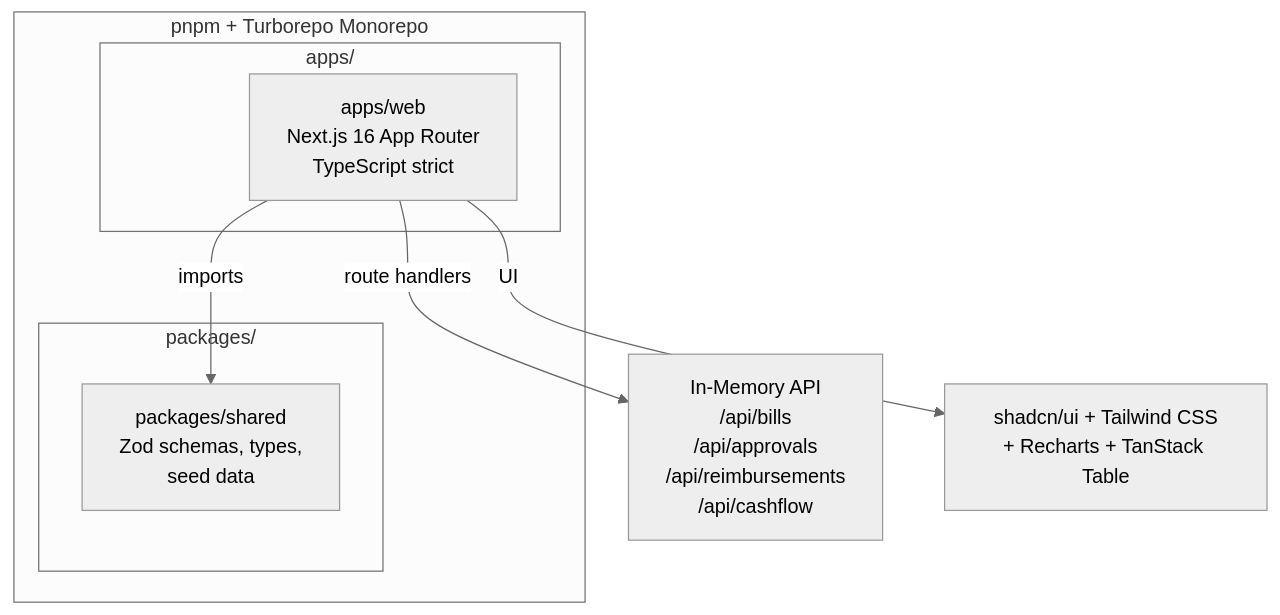
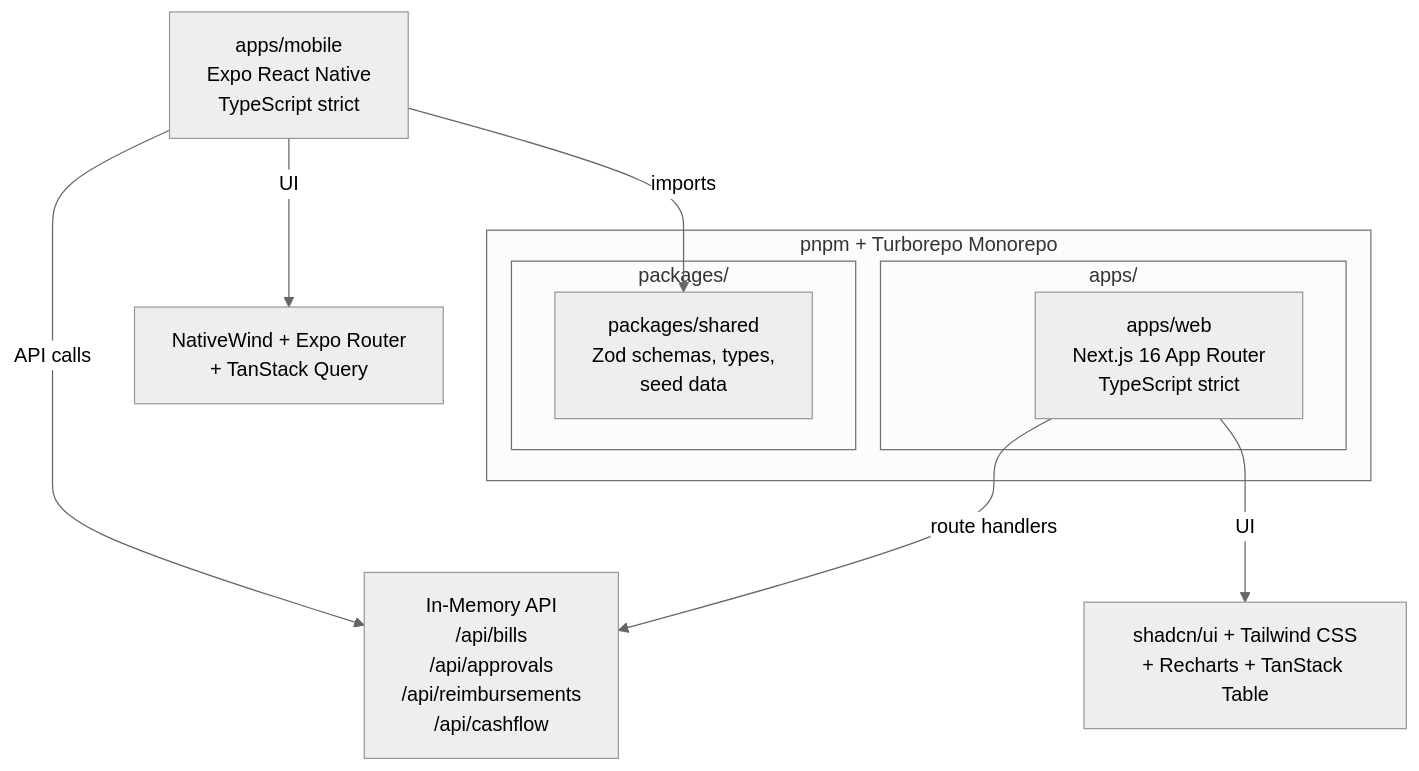
Before and after one commit to saikrish-code/Spendflow: the diagram in README.md, drawn with Mermaid (neutral theme). The commit also changed other lines of this file and 50 other files, not shown here.

````diff
--- a/README.md
+++ b/README.md
@@ -14,14 +14,17 @@
 ```mermaid
 graph TB
     subgraph Monorepo["pnpm + Turborepo Monorepo"]
         subgraph Apps["apps/"]
             Web["apps/web<br/>Next.js 16 App Router<br/>TypeScript strict"]
         end
         subgraph Packages["packages/"]
             Shared["packages/shared<br/>Zod schemas, types,<br/>seed data"]
         end
     end
-    Web -->|imports| Shared
     Web -->|route handlers| API["In-Memory API<br/>/api/bills<br/>/api/approvals<br/>/api/reimbursements<br/>/api/cashflow"]
     Web -->|UI| ShadcnUI["shadcn/ui + Tailwind CSS<br/>+ Recharts + TanStack Table"]
+    Mobile["apps/mobile<br/>Expo React Native<br/>TypeScript strict"]
+    Mobile -->|imports| Shared
+    Mobile -->|API calls| API
+    Mobile -->|UI| NativeWind["NativeWind + Expo Router<br/>+ TanStack Query"]
 ```
````
